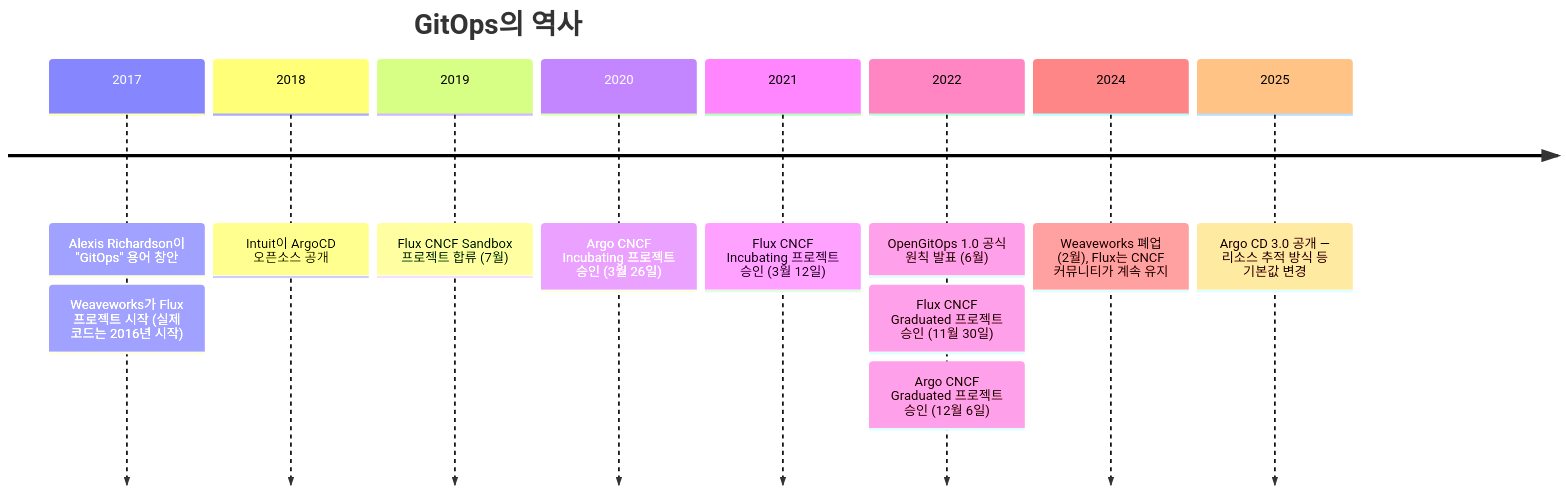
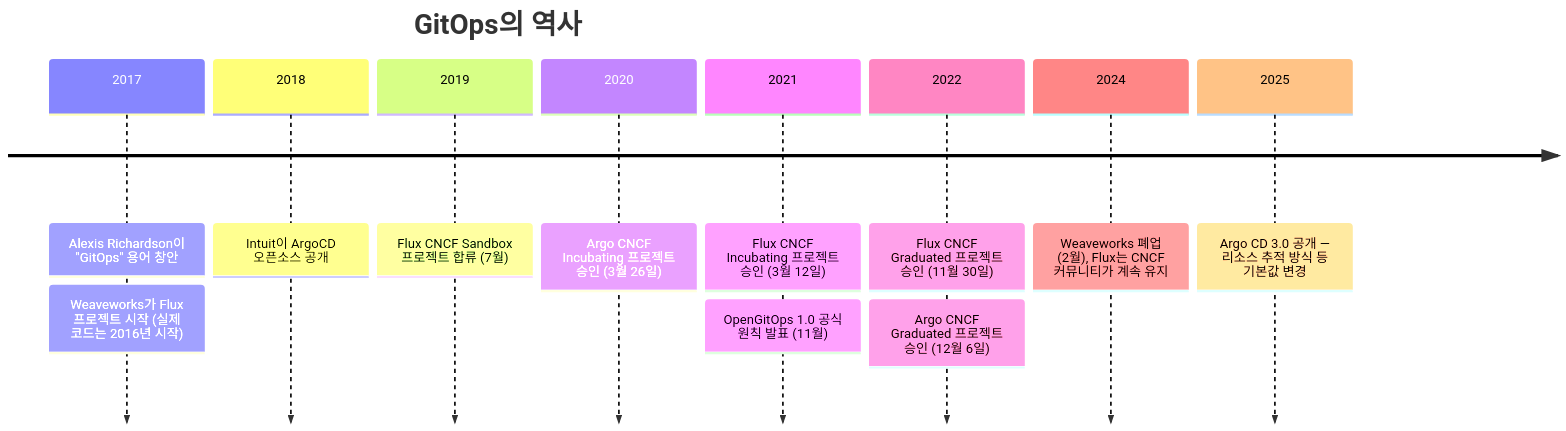
The second of 12 diagrams in devops/GitOps-Git을-Single-Source-of-Truth로-삼는-운영-모델.md (sskim91/TIL), drawn with Mermaid before and after one commit. The commit also changed other lines of this file, not shown here.

First line of the commit message:
docs(devops): GitOps 노트의 사실 오류를 공식 출처로 바로잡아

````diff
--- a/devops/GitOps-Git을-Single-Source-of-Truth로-삼는-운영-모델.md
+++ b/devops/GitOps-Git을-Single-Source-of-Truth로-삼는-운영-모델.md
@@ -178,15 +178,15 @@
 ```mermaid
 timeline
     title GitOps의 역사
     2017 : Alexis Richardson이 "GitOps" 용어 창안
          : Weaveworks가 Flux 프로젝트 시작 (실제 코드는 2016년 시작)
     2018 : Intuit이 ArgoCD 오픈소스 공개
     2019 : Flux CNCF Sandbox 프로젝트 합류 (7월)
     2020 : Argo CNCF Incubating 프로젝트 승인 (3월 26일)
     2021 : Flux CNCF Incubating 프로젝트 승인 (3월 12일)
-    2022 : OpenGitOps 1.0 공식 원칙 발표 (6월)
-         : Flux CNCF Graduated 프로젝트 승인 (11월 30일)
+         : OpenGitOps 1.0 공식 원칙 발표 (11월)
+    2022 : Flux CNCF Graduated 프로젝트 승인 (11월 30일)
          : Argo CNCF Graduated 프로젝트 승인 (12월 6일)
     2024 : Weaveworks 폐업 (2월), Flux는 CNCF 커뮤니티가 계속 유지
     2025 : Argo CD 3.0 공개 — 리소스 추적 방식 등 기본값 변경
 ```
````
